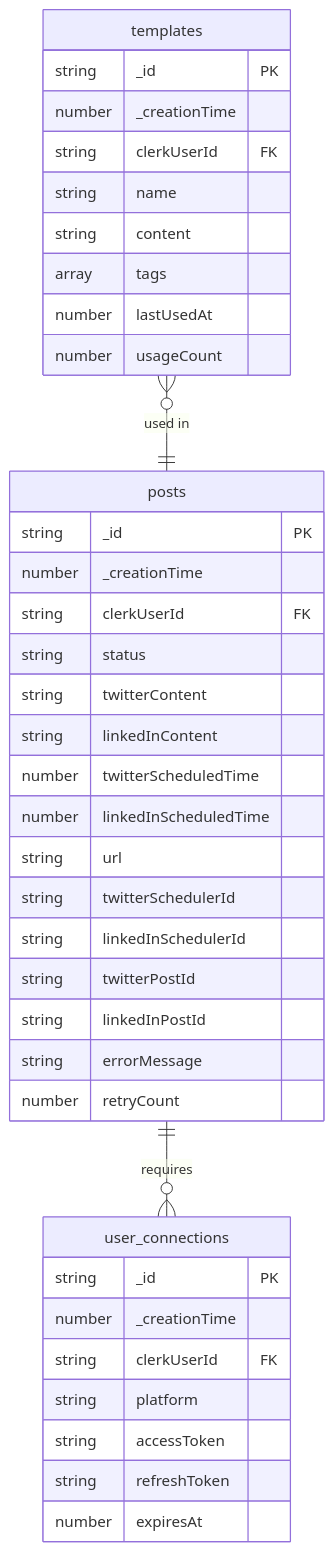
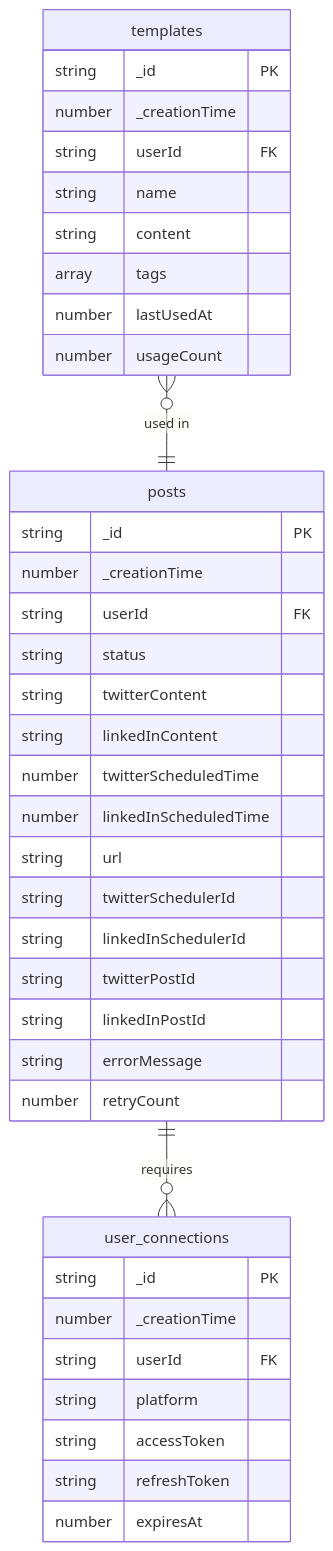
One commit to robertguss/social_post changed the ninth of 22 diagrams in docs/ARCHITECTURE_DIAGRAMS.md. Above: the diagram before and after it, drawn with Mermaid. The commit also changed other lines of this file and 32 other files, not shown here.

````diff
--- a/docs/ARCHITECTURE_DIAGRAMS.md
+++ b/docs/ARCHITECTURE_DIAGRAMS.md
@@ -291,44 +291,44 @@
 ```mermaid
 erDiagram
     posts {
         string _id PK
         number _creationTime
-        string clerkUserId FK
+        string userId FK
         string status
         string twitterContent
         string linkedInContent
         number twitterScheduledTime
         number linkedInScheduledTime
         string url
         string twitterSchedulerId
         string linkedInSchedulerId
         string twitterPostId
         string linkedInPostId
         string errorMessage
         number retryCount
     }
 
     user_connections {
         string _id PK
         number _creationTime
-        string clerkUserId FK
+        string userId FK
         string platform
         string accessToken
         string refreshToken
         number expiresAt
     }
 
     templates {
         string _id PK
         number _creationTime
-        string clerkUserId FK
+        string userId FK
         string name
         string content
         array tags
         number lastUsedAt
         number usageCount
     }
 
     posts ||--o{ user_connections : "requires"
     templates }o--|| posts : "used in"
 ```
````
